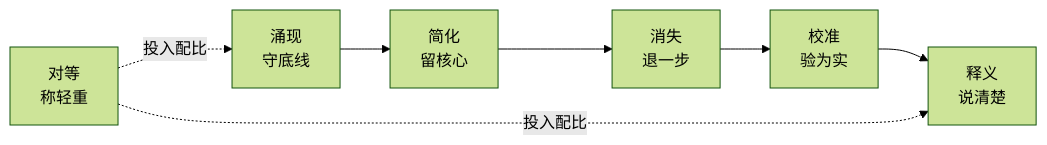
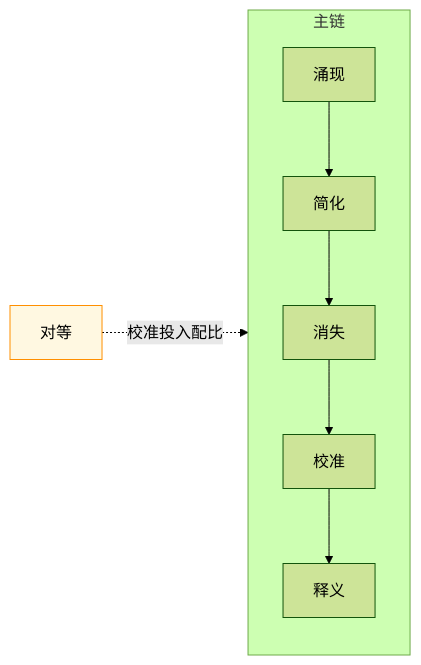
Before and after one commit to effiy/YrY: the second of 4 diagrams in CLAUDE.md, drawn with Mermaid (forest theme). The commit also changed other lines of this file, not shown here.

````diff
--- a/CLAUDE.md
+++ b/CLAUDE.md
@@ -17,6 +39,8 @@
 ```mermaid
 flowchart LR
-    A[涌现<br/>守底线] --> B[简化<br/>留核心] --> C[消失<br/>退一步] --> D[校准<br/>验为实] --> E[释义<br/>说清楚]
-    F[对等<br/>称轻重] -.-> |投入配比| A
-    F -.-> |投入配比| E
+    subgraph 主链
+      A[涌现] --> B[简化] --> C[消失] --> D[校准] --> E[释义]
+    end
+    F[对等]:::meta -. 校准投入配比 .-> 主链
+    classDef meta fill:#fff8e1,stroke:#ff8f00;
 ```
````
